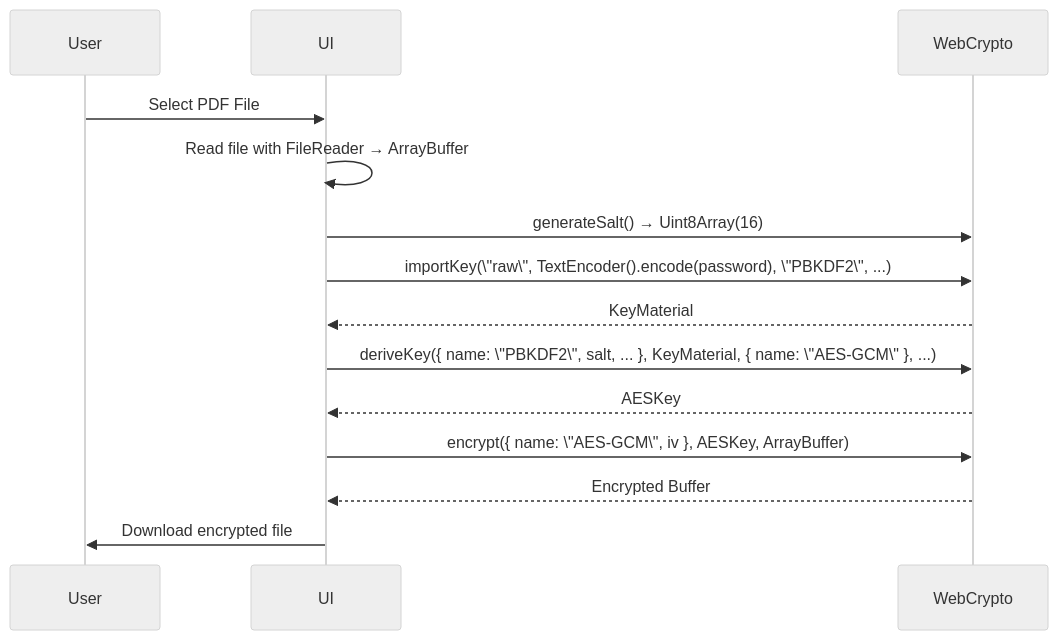
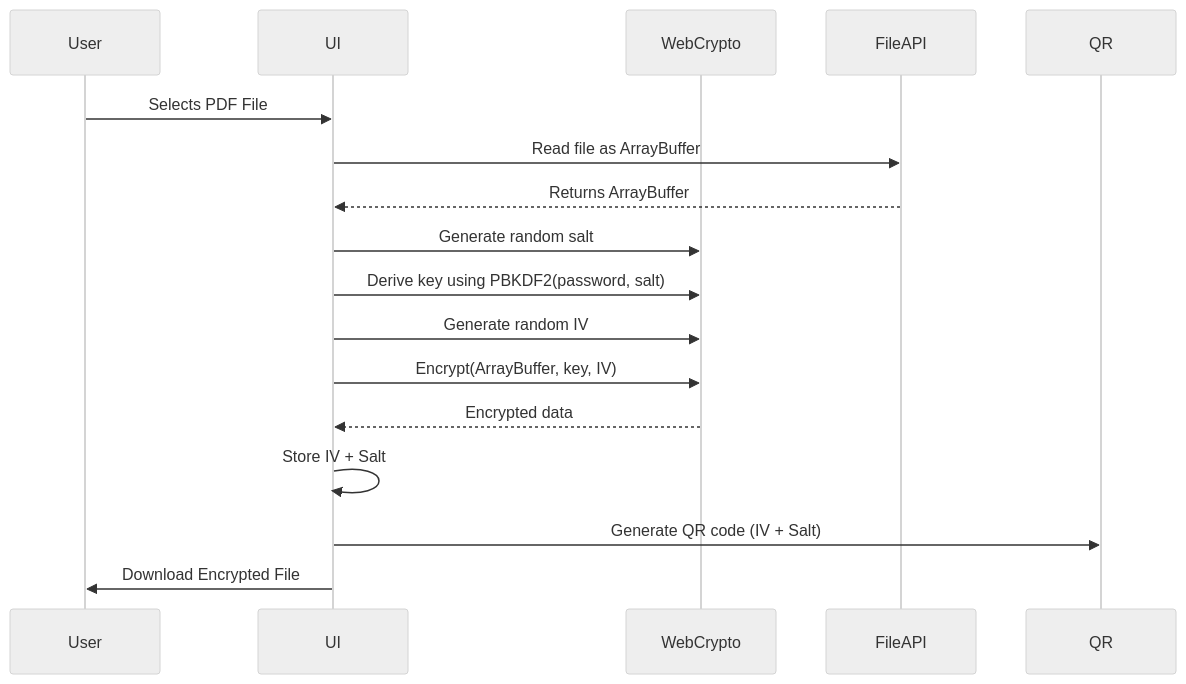
One commit to bitsmuggler/browser-document-encryption-showcase changed the first of 2 diagrams in README.md. Above: the diagram before and after it, drawn with Mermaid (neutral theme). The commit also changed other lines of this file, not shown here.

````diff
--- a/README.md
+++ b/README.md
@@ -51,17 +51,19 @@
 ```mermaid
 sequenceDiagram
     participant User
     participant UI
     participant WebCrypto
+    participant FileAPI
 
-    User->>UI: Select PDF File
-    UI->>UI: Read file with FileReader → ArrayBuffer
-    UI->>WebCrypto: generateSalt() → Uint8Array(16)
-    UI->>WebCrypto: importKey(\"raw\", TextEncoder().encode(password), \"PBKDF2\", ...)
-    WebCrypto-->>UI: KeyMaterial
-    UI->>WebCrypto: deriveKey({ name: \"PBKDF2\", salt, ... }, KeyMaterial, { name: \"AES-GCM\" }, ...)
-    WebCrypto-->>UI: AESKey
-    UI->>WebCrypto: encrypt({ name: \"AES-GCM\", iv }, AESKey, ArrayBuffer)
-    WebCrypto-->>UI: Encrypted Buffer
-    UI->>User: Download encrypted file
+    User->>UI: Selects PDF File
+    UI->>FileAPI: Read file as ArrayBuffer
+    FileAPI-->>UI: Returns ArrayBuffer
+    UI->>WebCrypto: Generate random salt
+    UI->>WebCrypto: Derive key using PBKDF2(password, salt)
+    UI->>WebCrypto: Generate random IV
+    UI->>WebCrypto: Encrypt(ArrayBuffer, key, IV)
+    WebCrypto-->>UI: Encrypted data
+    UI->>UI: Store IV + Salt
+    UI->>QR: Generate QR code (IV + Salt)
+    UI->>User: Download Encrypted File
 ```
````
